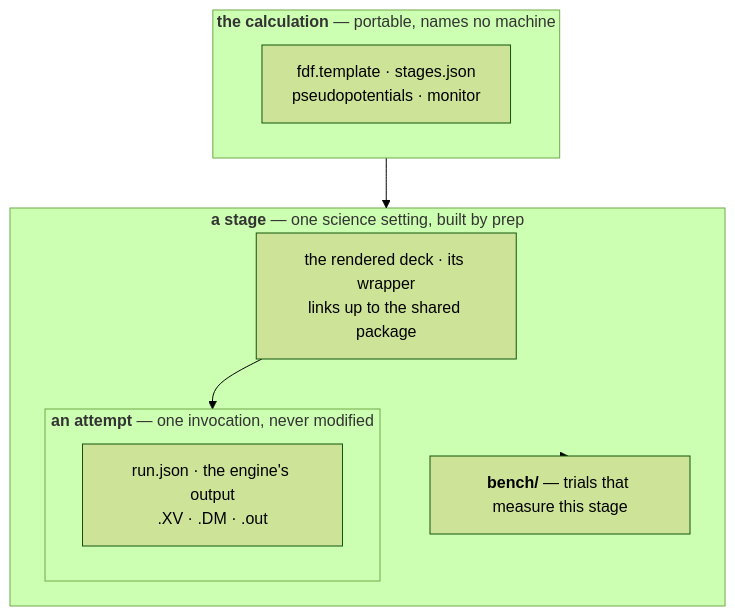
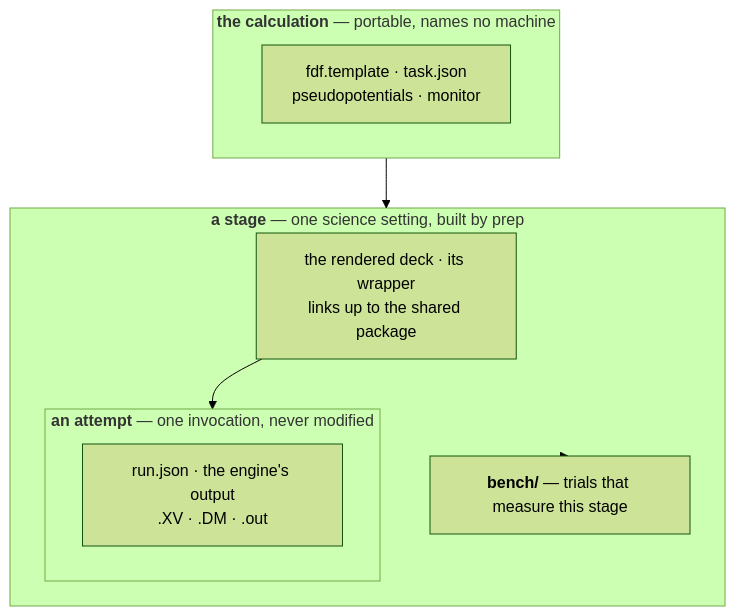
Before and after one commit to Qing-LAB/molbuilder: the second of 9 diagrams in docs/execution/project-layout.md, drawn with Mermaid (forest theme). The commit also changed other lines of this file and 12 other files, not shown here.

````diff
--- a/docs/execution/project-layout.md
+++ b/docs/execution/project-layout.md
@@ -118,16 +118,16 @@
 ```mermaid
 flowchart TB
     subgraph CALC["<b>the calculation</b> — portable, names no machine"]
-      T["fdf.template · stages.json<br/>pseudopotentials · monitor"]
+      T["fdf.template · task.json<br/>pseudopotentials · monitor"]
     end
     subgraph ST["<b>a stage</b> — one science setting, built by prep"]
       D["the rendered deck · its wrapper<br/>links up to the shared package"]
       subgraph AT["<b>an attempt</b> — one invocation, never modified"]
         O["run.json · the engine's output<br/>.XV · .DM · .out"]
       end
       BN["<b>bench/</b> — trials that measure this stage"]
     end
     CALC --> ST
     D --> AT
     ST -.-> BN
 ```
````
